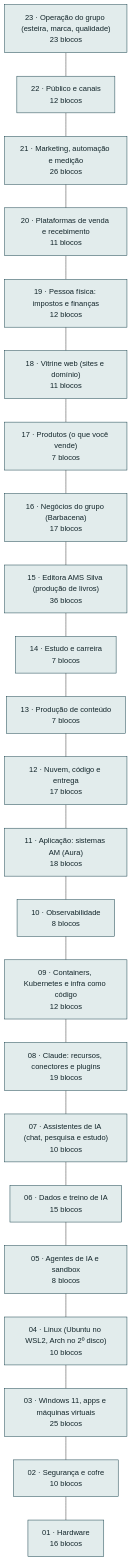
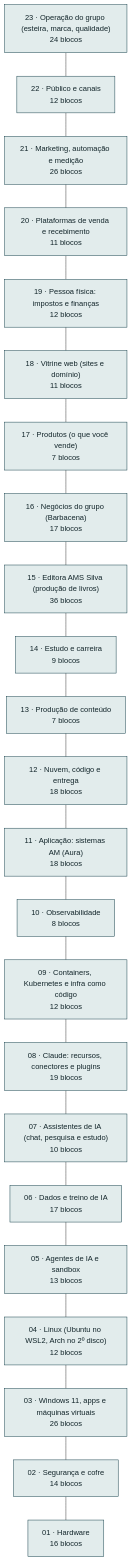
One commit to AlanMateus17/dev-setup changed the diagram in docs/arquitetura.md. Above: the diagram before and after it, drawn with Mermaid. The commit also changed other lines of this file and 56 other files, not shown here.

````diff
--- a/docs/arquitetura.md
+++ b/docs/arquitetura.md
@@ -10,50 +10,50 @@
 ```mermaid
 flowchart TB
-  L_oper["23 · Operação do grupo (esteira, marca, qualidade)<br/>23 blocos"]
+  L_oper["23 · Operação do grupo (esteira, marca, qualidade)<br/>24 blocos"]
   L_pub["22 · Público e canais<br/>12 blocos"]
   L_mkt["21 · Marketing, automação e medição<br/>26 blocos"]
   L_venda["20 · Plataformas de venda e recebimento<br/>11 blocos"]
   L_emp["19 · Pessoa física: impostos e finanças<br/>12 blocos"]
   L_web["18 · Vitrine web (sites e domínio)<br/>11 blocos"]
   L_prod["17 · Produtos (o que você vende)<br/>7 blocos"]
   L_neg["16 · Negócios do grupo (Barbacena)<br/>17 blocos"]
   L_editora["15 · Editora AMS Silva (produção de livros)<br/>36 blocos"]
-  L_est["14 · Estudo e carreira<br/>7 blocos"]
+  L_est["14 · Estudo e carreira<br/>9 blocos"]
   L_cont["13 · Produção de conteúdo<br/>7 blocos"]
-  L_nuvem["12 · Nuvem, código e entrega<br/>17 blocos"]
+  L_nuvem["12 · Nuvem, código e entrega<br/>18 blocos"]
   L_app["11 · Aplicação: sistemas AM (Aura)<br/>18 blocos"]
   L_obs["10 · Observabilidade<br/>8 blocos"]
   L_cnt["09 · Containers, Kubernetes e infra como código<br/>12 blocos"]
   L_clc["08 · Claude: recursos, conectores e plugins<br/>19 blocos"]
   L_chat["07 · Assistentes de IA (chat, pesquisa e estudo)<br/>10 blocos"]
-  L_dados["06 · Dados e treino de IA<br/>15 blocos"]
-  L_ia["05 · Agentes de IA e sandbox<br/>8 blocos"]
-  L_lin["04 · Linux (Ubuntu no WSL2, Arch no 2º disco)<br/>10 blocos"]
-  L_win["03 · Windows 11, apps e máquinas virtuais<br/>25 blocos"]
-  L_seg["02 · Segurança e cofre<br/>10 blocos"]
+  L_dados["06 · Dados e treino de IA<br/>17 blocos"]
+  L_ia["05 · Agentes de IA e sandbox<br/>13 blocos"]
+  L_lin["04 · Linux (Ubuntu no WSL2, Arch no 2º disco)<br/>12 blocos"]
+  L_win["03 · Windows 11, apps e máquinas virtuais<br/>26 blocos"]
+  L_seg["02 · Segurança e cofre<br/>14 blocos"]
   L_hw["01 · Hardware<br/>16 blocos"]
   L_oper --- L_pub
   L_pub --- L_mkt
   L_mkt --- L_venda
   L_venda --- L_emp
   L_emp --- L_web
   L_web --- L_prod
   L_prod --- L_neg
   L_neg --- L_editora
   L_editora --- L_est
   L_est --- L_cont
   L_cont --- L_nuvem
   L_nuvem --- L_app
   L_app --- L_obs
   L_obs --- L_cnt
   L_cnt --- L_clc
   L_clc --- L_chat
   L_chat --- L_dados
   L_dados --- L_ia
   L_ia --- L_lin
   L_lin --- L_win
   L_win --- L_seg
   L_seg --- L_hw
   classDef cam fill:#e2ecec,stroke:#0e3a45,color:#13262b
   class L_oper,L_pub,L_mkt,L_venda,L_emp,L_web,L_prod,L_neg,L_editora,L_est,L_cont,L_nuvem,L_app,L_obs,L_cnt,L_clc,L_chat,L_dados,L_ia,L_lin,L_win,L_seg,L_hw cam
 ```
````
